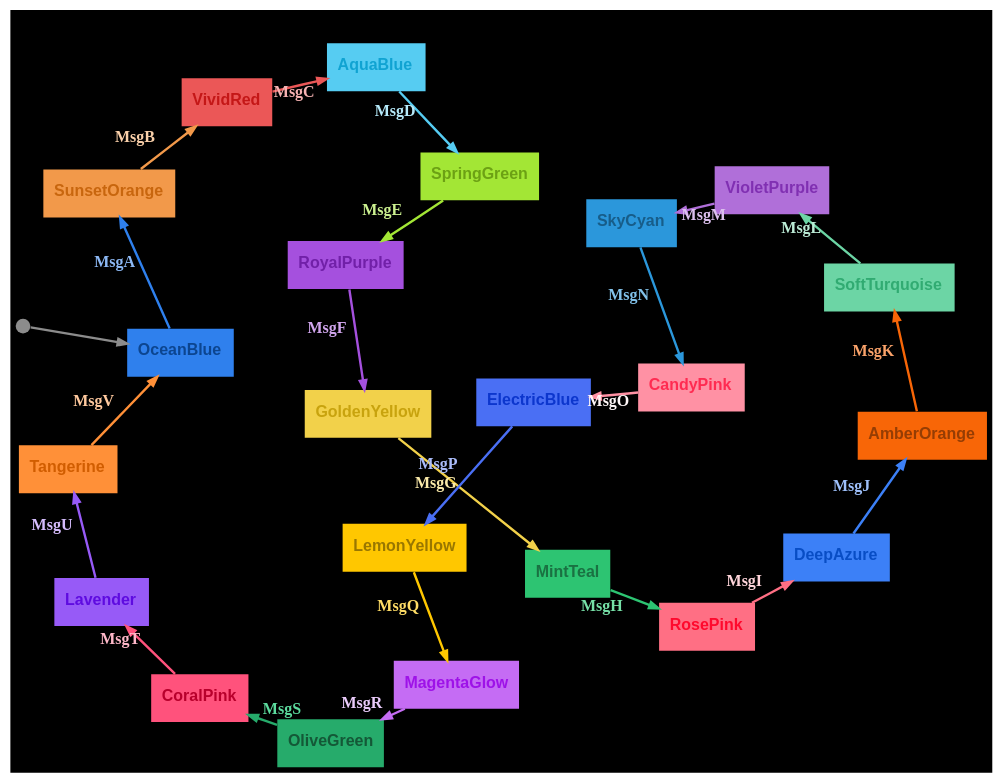
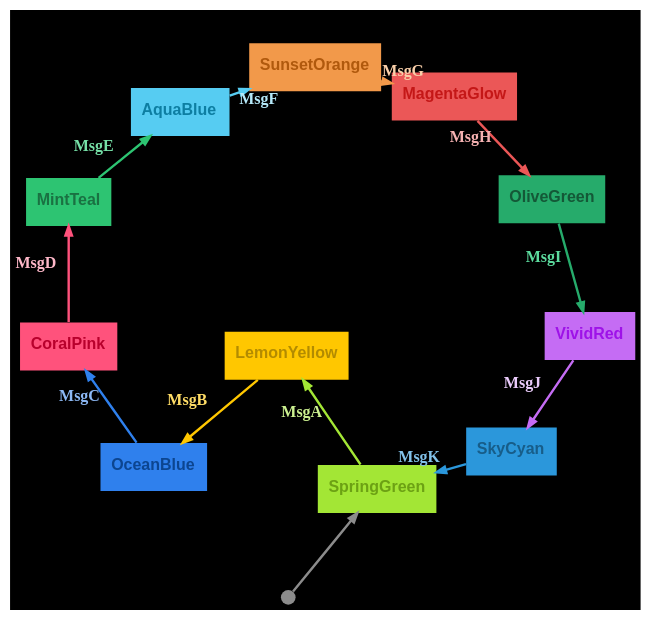
The diagram in graphs/color-ring-dark.dot (m-bock/purescript-transit), drawn with Graphviz before and after one commit. The commit also changed 17 other files, not shown here.

```diff
--- a/graphs/color-ring-dark.dot
+++ b/graphs/color-ring-dark.dot
@@ -1,51 +1,29 @@
 digraph 
 {
 rankdir = "TD";fontname = "Arial";label = <<b>Color Ring</b>>;labelloc = "t";fontsize = 12;bgcolor = "#000000"
 graph [layout=sfdp;overlap=false, K=2.5, repulsiveforce=4, splines=true];
+SpringGreen [shape = "box", label = <<b>SpringGreen</b>>, fontsize = 12, style = "filled", fillcolor = "#a3e635", fontcolor = "#6ca114", fontname = "Arial", labelloc = "c", penwidth = 0.0]
+__Start__ [shape = "circle", label = "", width = 0.15, height = 0.15, fixedsize = true, style = "filled", fillcolor = "#8c8c8c", penwidth = 0.0]
+__Start__ -> SpringGreen [color = "#8c8c8c", fontsize = 12, arrowsize = "0.7", penwidth = 1.8]
+SpringGreen -> LemonYellow [color = "#a3e635", fontcolor = "#ccf190", fontsize = 12, arrowsize = "0.7", label = <<b>MsgA</b>>, penwidth = 1.8]
+LemonYellow [shape = "box", label = <<b>LemonYellow</b>>, fontsize = 12, style = "filled", fillcolor = "#ffc700", fontcolor = "#b38b00", fontname = "Arial", labelloc = "c", penwidth = 0.0]
+LemonYellow -> OceanBlue [color = "#ffc700", fontcolor = "#ffdd66", fontsize = 12, arrowsize = "0.7", label = <<b>MsgB</b>>, penwidth = 1.8]
 OceanBlue [shape = "box", label = <<b>OceanBlue</b>>, fontsize = 12, style = "filled", fillcolor = "#2f80ed", fontcolor = "#0c4590", fontname = "Arial", labelloc = "c", penwidth = 0.0]
-__Start__ [shape = "circle", label = "", width = 0.15, height = 0.15, fixedsize = true, style = "filled", fillcolor = "#8c8c8c", penwidth = 0.0]
-__Start__ -> OceanBlue [color = "#8c8c8c", fontsize = 12, arrowsize = "0.7", penwidth = 1.8]
-OceanBlue -> SunsetOrange [color = "#2f80ed", fontcolor = "#8db9f5", fontsize = 12, arrowsize = "0.7", label = <<b>MsgA</b>>, penwidth = 1.8]
-SunsetOrange [shape = "box", label = <<b>SunsetOrange</b>>, fontsize = 12, style = "filled", fillcolor = "#f2994a", fontcolor = "#c8660e", fontname = "Arial", labelloc = "c", penwidth = 0.0]
-SunsetOrange -> VividRed [color = "#f2994a", fontcolor = "#f9cfa9", fontsize = 12, arrowsize = "0.7", label = <<b>MsgB</b>>, penwidth = 1.8]
-VividRed [shape = "box", label = <<b>VividRed</b>>, fontsize = 12, style = "filled", fillcolor = "#eb5757", fontcolor = "#c41717", fontname = "Arial", labelloc = "c", penwidth = 0.0]
-VividRed -> AquaBlue [color = "#eb5757", fontcolor = "#f6b2b2", fontsize = 12, arrowsize = "0.7", label = <<b>MsgC</b>>, penwidth = 1.8]
-AquaBlue [shape = "box", label = <<b>AquaBlue</b>>, fontsize = 12, style = "filled", fillcolor = "#56ccf2", fontcolor = "#10a3d2", fontname = "Arial", labelloc = "c", penwidth = 0.0]
-AquaBlue -> SpringGreen [color = "#56ccf2", fontcolor = "#b5e9f9", fontsize = 12, arrowsize = "0.7", label = <<b>MsgD</b>>, penwidth = 1.8]
-SpringGreen [shape = "box", label = <<b>SpringGreen</b>>, fontsize = 12, style = "filled", fillcolor = "#a3e635", fontcolor = "#6ca114", fontname = "Arial", labelloc = "c", penwidth = 0.0]
-SpringGreen -> RoyalPurple [color = "#a3e635", fontcolor = "#ccf190", fontsize = 12, arrowsize = "0.7", label = <<b>MsgE</b>>, penwidth = 1.8]
-RoyalPurple [shape = "box", label = <<b>RoyalPurple</b>>, fontsize = 12, style = "filled", fillcolor = "#a550de", fontcolor = "#7120a8", fontname = "Arial", labelloc = "c", penwidth = 0.0]
-RoyalPurple -> GoldenYellow [color = "#a550de", fontcolor = "#d1a6ee", fontsize = 12, arrowsize = "0.7", label = <<b>MsgF</b>>, penwidth = 1.8]
-GoldenYellow [shape = "box", label = <<b>GoldenYellow</b>>, fontsize = 12, style = "filled", fillcolor = "#f2d14a", fontcolor = "#c8a30e", fontname = "Arial", labelloc = "c", penwidth = 0.0]
-GoldenYellow -> MintTeal [color = "#f2d14a", fontcolor = "#f9e9a9", fontsize = 12, arrowsize = "0.7", label = <<b>MsgG</b>>, penwidth = 1.8]
+OceanBlue -> CoralPink [color = "#2f80ed", fontcolor = "#8db9f5", fontsize = 12, arrowsize = "0.7", label = <<b>MsgC</b>>, penwidth = 1.8]
+CoralPink [shape = "box", label = <<b>CoralPink</b>>, fontsize = 12, style = "filled", fillcolor = "#ff527c", fontcolor = "#b8002c", fontname = "Arial", labelloc = "c", penwidth = 0.0]
+CoralPink -> MintTeal [color = "#ff527c", fontcolor = "#ffb8c9", fontsize = 12, arrowsize = "0.7", label = <<b>MsgD</b>>, penwidth = 1.8]
 MintTeal [shape = "box", label = <<b>MintTeal</b>>, fontsize = 12, style = "filled", fillcolor = "#2dc472", fontcolor = "#1a7142", fontname = "Arial", labelloc = "c", penwidth = 0.0]
-MintTeal -> RosePink [color = "#2dc472", fontcolor = "#76e0a7", fontsize = 12, arrowsize = "0.7", label = <<b>MsgH</b>>, penwidth = 1.8]
-RosePink [shape = "box", label = <<b>RosePink</b>>, fontsize = 12, style = "filled", fillcolor = "#ff6f84", fontcolor = "#ff092d", fontname = "Arial", labelloc = "c", penwidth = 0.0]
-RosePink -> DeepAzure [color = "#ff6f84", fontcolor = "#ffd5db", fontsize = 12, arrowsize = "0.7", label = <<b>MsgI</b>>, penwidth = 1.8]
-DeepAzure [shape = "box", label = <<b>DeepAzure</b>>, fontsize = 12, style = "filled", fillcolor = "#3c80f7", fontcolor = "#084dc5", fontname = "Arial", labelloc = "c", penwidth = 0.0]
-DeepAzure -> AmberOrange [color = "#3c80f7", fontcolor = "#9ec0fb", fontsize = 12, arrowsize = "0.7", label = <<b>MsgJ</b>>, penwidth = 1.8]
-AmberOrange [shape = "box", label = <<b>AmberOrange</b>>, fontsize = 12, style = "filled", fillcolor = "#f86607", fontcolor = "#953d04", fontname = "Arial", labelloc = "c", penwidth = 0.0]
-AmberOrange -> SoftTurquoise [color = "#f86607", fontcolor = "#fba36a", fontsize = 12, arrowsize = "0.7", label = <<b>MsgK</b>>, penwidth = 1.8]
-SoftTurquoise [shape = "box", label = <<b>SoftTurquoise</b>>, fontsize = 12, style = "filled", fillcolor = "#6cd5a5", fontcolor = "#31ab72", fontname = "Arial", labelloc = "c", penwidth = 0.0]
-SoftTurquoise -> VioletPurple [color = "#6cd5a5", fontcolor = "#bcecd6", fontsize = 12, arrowsize = "0.7", label = <<b>MsgL</b>>, penwidth = 1.8]
-VioletPurple [shape = "box", label = <<b>VioletPurple</b>>, fontsize = 12, style = "filled", fillcolor = "#b06fd9", fontcolor = "#8030b2", fontname = "Arial", labelloc = "c", penwidth = 0.0]
-VioletPurple -> SkyCyan [color = "#b06fd9", fontcolor = "#dcc0ee", fontsize = 12, arrowsize = "0.7", label = <<b>MsgM</b>>, penwidth = 1.8]
+MintTeal -> AquaBlue [color = "#2dc472", fontcolor = "#76e0a7", fontsize = 12, arrowsize = "0.7", label = <<b>MsgE</b>>, penwidth = 1.8]
+AquaBlue [shape = "box", label = <<b>AquaBlue</b>>, fontsize = 12, style = "filled", fillcolor = "#56ccf2", fontcolor = "#0d7ea2", fontname = "Arial", labelloc = "c", penwidth = 0.0]
+AquaBlue -> SunsetOrange [color = "#56ccf2", fontcolor = "#b5e9f9", fontsize = 12, arrowsize = "0.7", label = <<b>MsgF</b>>, penwidth = 1.8]
+SunsetOrange [shape = "box", label = <<b>SunsetOrange</b>>, fontsize = 12, style = "filled", fillcolor = "#f2994a", fontcolor = "#b0590d", fontname = "Arial", labelloc = "c", penwidth = 0.0]
+SunsetOrange -> MagentaGlow [color = "#f2994a", fontcolor = "#f9cfa9", fontsize = 12, arrowsize = "0.7", label = <<b>MsgG</b>>, penwidth = 1.8]
+MagentaGlow [shape = "box", label = <<b>MagentaGlow</b>>, fontsize = 12, style = "filled", fillcolor = "#eb5757", fontcolor = "#c41717", fontname = "Arial", labelloc = "c", penwidth = 0.0]
+MagentaGlow -> OliveGreen [color = "#eb5757", fontcolor = "#f6b2b2", fontsize = 12, arrowsize = "0.7", label = <<b>MsgH</b>>, penwidth = 1.8]
+OliveGreen [shape = "box", label = <<b>OliveGreen</b>>, fontsize = 12, style = "filled", fillcolor = "#26ab6b", fontcolor = "#145837", fontname = "Arial", labelloc = "c", penwidth = 0.0]
+OliveGreen -> VividRed [color = "#26ab6b", fontcolor = "#5cdb9e", fontsize = 12, arrowsize = "0.7", label = <<b>MsgI</b>>, penwidth = 1.8]
+VividRed [shape = "box", label = <<b>VividRed</b>>, fontsize = 12, style = "filled", fillcolor = "#c56cf4", fontcolor = "#9e12e8", fontname = "Arial", labelloc = "c", penwidth = 0.0]
+VividRed -> SkyCyan [color = "#c56cf4", fontcolor = "#eacbfb", fontsize = 12, arrowsize = "0.7", label = <<b>MsgJ</b>>, penwidth = 1.8]
 SkyCyan [shape = "box", label = <<b>SkyCyan</b>>, fontsize = 12, style = "filled", fillcolor = "#2b97db", fontcolor = "#175d89", fontname = "Arial", labelloc = "c", penwidth = 0.0]
-SkyCyan -> CandyPink [color = "#2b97db", fontcolor = "#82c2ea", fontsize = 12, arrowsize = "0.7", label = <<b>MsgN</b>>, penwidth = 1.8]
-CandyPink [shape = "box", label = <<b>CandyPink</b>>, fontsize = 12, style = "filled", fillcolor = "#ff91a4", fontcolor = "#ff2b51", fontname = "Arial", labelloc = "c", penwidth = 0.0]
-CandyPink -> ElectricBlue [color = "#ff91a4", fontcolor = "#fff7f8", fontsize = 12, arrowsize = "0.7", label = <<b>MsgO</b>>, penwidth = 1.8]
-ElectricBlue [shape = "box", label = <<b>ElectricBlue</b>>, fontsize = 12, style = "filled", fillcolor = "#4a6ff4", fontcolor = "#0c36cd", fontname = "Arial", labelloc = "c", penwidth = 0.0]
-ElectricBlue -> LemonYellow [color = "#4a6ff4", fontcolor = "#abbcfa", fontsize = 12, arrowsize = "0.7", label = <<b>MsgP</b>>, penwidth = 1.8]
-LemonYellow [shape = "box", label = <<b>LemonYellow</b>>, fontsize = 12, style = "filled", fillcolor = "#ffc700", fontcolor = "#997700", fontname = "Arial", labelloc = "c", penwidth = 0.0]
-LemonYellow -> MagentaGlow [color = "#ffc700", fontcolor = "#ffdd66", fontsize = 12, arrowsize = "0.7", label = <<b>MsgQ</b>>, penwidth = 1.8]
-MagentaGlow [shape = "box", label = <<b>MagentaGlow</b>>, fontsize = 12, style = "filled", fillcolor = "#c56cf4", fontcolor = "#9e12e8", fontname = "Arial", labelloc = "c", penwidth = 0.0]
-MagentaGlow -> OliveGreen [color = "#c56cf4", fontcolor = "#eacbfb", fontsize = 12, arrowsize = "0.7", label = <<b>MsgR</b>>, penwidth = 1.8]
-OliveGreen [shape = "box", label = <<b>OliveGreen</b>>, fontsize = 12, style = "filled", fillcolor = "#26ab6b", fontcolor = "#145837", fontname = "Arial", labelloc = "c", penwidth = 0.0]
-OliveGreen -> CoralPink [color = "#26ab6b", fontcolor = "#5cdb9e", fontsize = 12, arrowsize = "0.7", label = <<b>MsgS</b>>, penwidth = 1.8]
-CoralPink [shape = "box", label = <<b>CoralPink</b>>, fontsize = 12, style = "filled", fillcolor = "#ff527c", fontcolor = "#b8002c", fontname = "Arial", labelloc = "c", penwidth = 0.0]
-CoralPink -> Lavender [color = "#ff527c", fontcolor = "#ffb8c9", fontsize = 12, arrowsize = "0.7", label = <<b>MsgT</b>>, penwidth = 1.8]
-Lavender [shape = "box", label = <<b>Lavender</b>>, fontsize = 12, style = "filled", fillcolor = "#975af7", fontcolor = "#5e0be0", fontname = "Arial", labelloc = "c", penwidth = 0.0]
-Lavender -> Tangerine [color = "#975af7", fontcolor = "#d5bcfc", fontsize = 12, arrowsize = "0.7", label = <<b>MsgU</b>>, penwidth = 1.8]
-Tangerine [shape = "box", label = <<b>Tangerine</b>>, fontsize = 12, style = "filled", fillcolor = "#ff9038", fontcolor = "#d15d00", fontname = "Arial", labelloc = "c", penwidth = 0.0]
-Tangerine -> OceanBlue [color = "#ff9038", fontcolor = "#ffc99e", fontsize = 12, arrowsize = "0.7", label = <<b>MsgV</b>>, penwidth = 1.8]
+SkyCyan -> SpringGreen [color = "#2b97db", fontcolor = "#82c2ea", fontsize = 12, arrowsize = "0.7", label = <<b>MsgK</b>>, penwidth = 1.8]
 }
```
